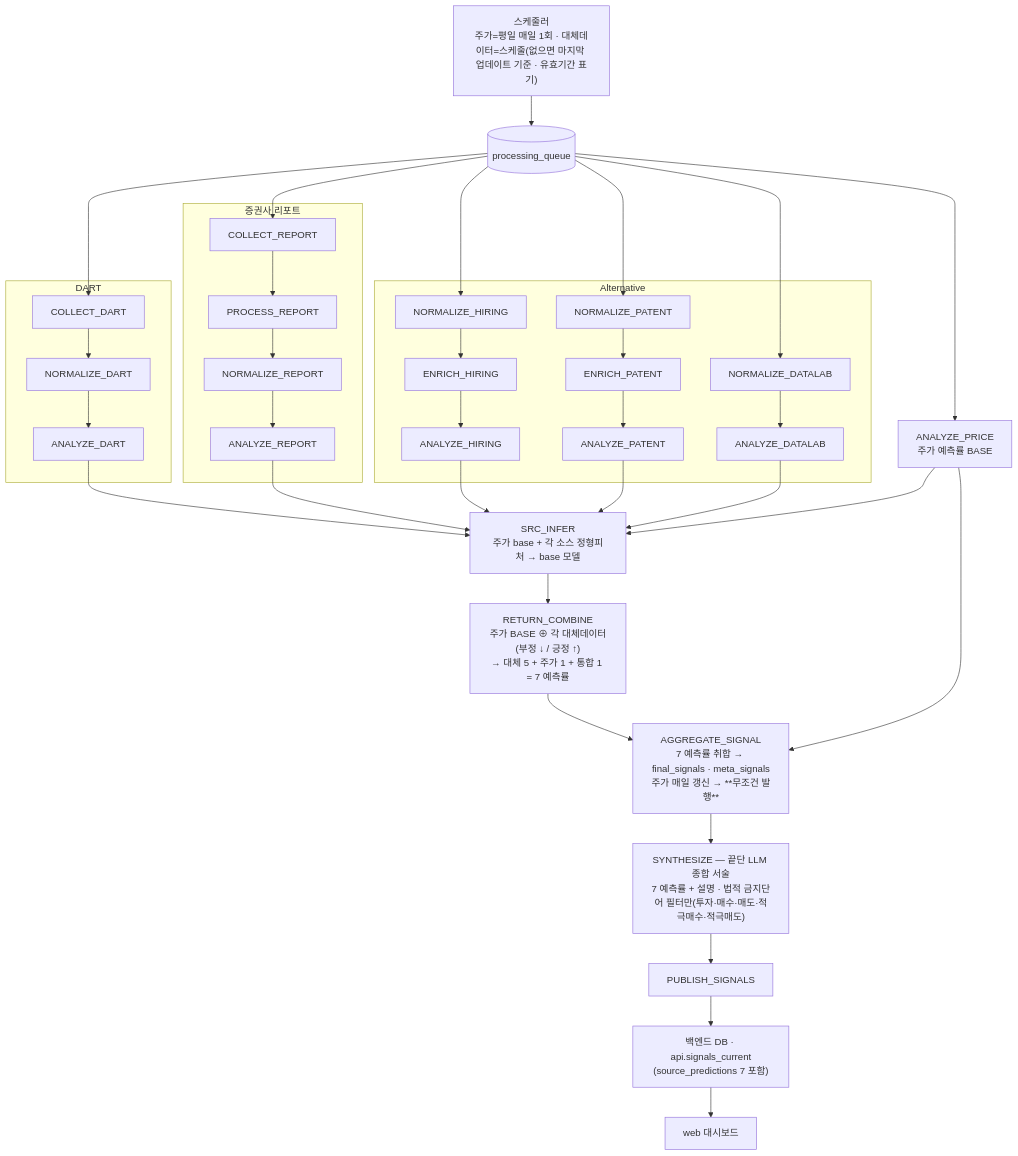
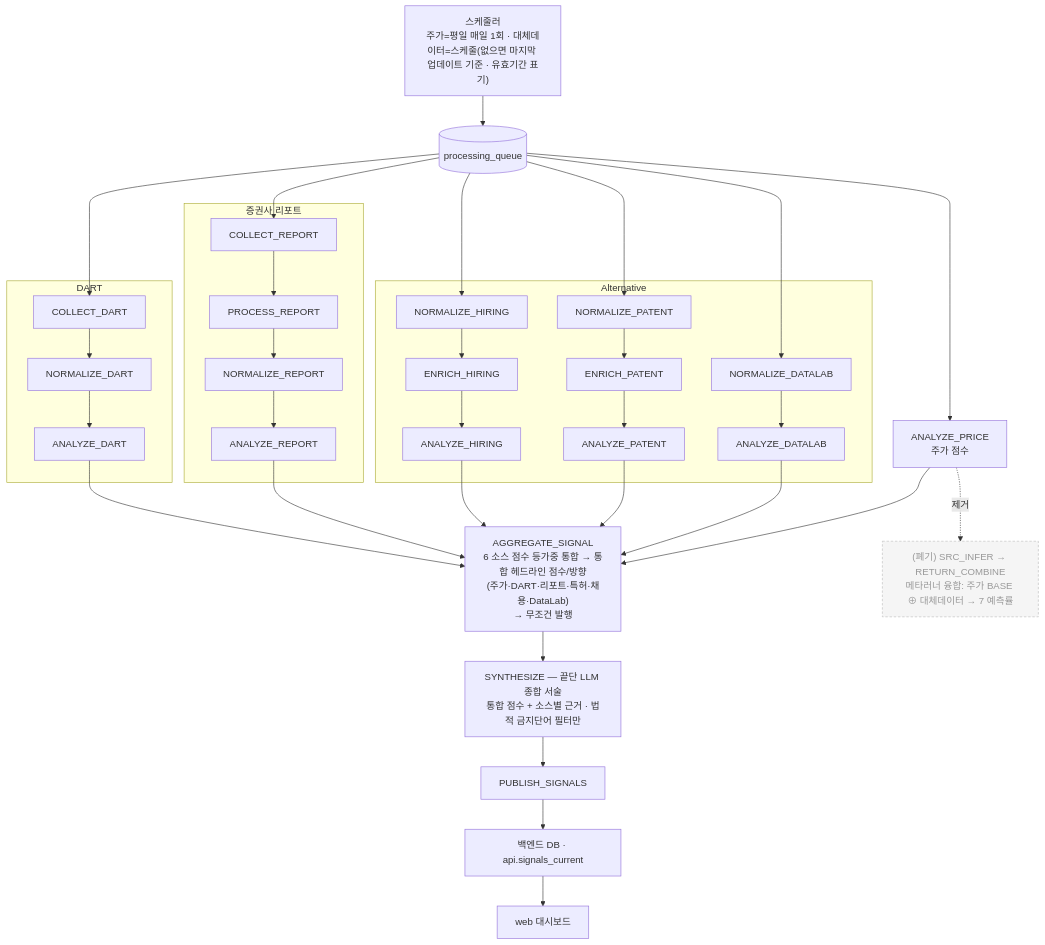
One commit to AIX14-3/signal-alpha changed the first of 3 diagrams in docs/spec/worker-pipeline-detailed.md. Above: the diagram before and after it, drawn with Mermaid. The commit also changed other lines of this file, not shown here.

First line of the commit message:
docs(spec): 워커 파이프라인 설계도 최신화 — 메타러너 폐기·6소스 통합 점수

````diff
--- a/docs/spec/worker-pipeline-detailed.md
+++ b/docs/spec/worker-pipeline-detailed.md
@@ -16,40 +22,41 @@
 ```mermaid
 flowchart TB
   sch["스케줄러<br/>주가=평일 매일 1회 · 대체데이터=스케줄(없으면 마지막 업데이트 기준 · 유효기간 표기)"] --> Q[("processing_queue")]
 
   subgraph DART
     cd[COLLECT_DART] --> nd[NORMALIZE_DART] --> ad[ANALYZE_DART]
   end
   subgraph REPORT["증권사 리포트"]
     cr[COLLECT_REPORT] --> prc[PROCESS_REPORT] --> nr[NORMALIZE_REPORT] --> ar[ANALYZE_REPORT]
   end
   subgraph ALT["Alternative"]
     nh[NORMALIZE_HIRING] --> eh[ENRICH_HIRING] --> ah[ANALYZE_HIRING]
     npa[NORMALIZE_PATENT] --> ep[ENRICH_PATENT] --> apa[ANALYZE_PATENT]
     ndl[NORMALIZE_DATALAB] --> adl[ANALYZE_DATALAB]
   end
-  ap[ANALYZE_PRICE<br/>주가 예측률 BASE]
+  ap["ANALYZE_PRICE<br/>주가 점수"]
 
   Q --> cd
   Q --> cr
   Q --> nh
   Q --> npa
   Q --> ndl
   Q --> ap
 
-  %% 예측률 결합 (주가 BASE ⊕ 각 대체데이터)
-  ap --> si["SRC_INFER<br/>주가 base + 각 소스 정형피처 → base 모델"]
-  ad --> si
-  ar --> si
-  ah --> si
-  apa --> si
-  adl --> si
-  si --> rc["RETURN_COMBINE<br/>주가 BASE ⊕ 각 대체데이터(부정 ↓ / 긍정 ↑)<br/>→ 대체 5 + 주가 1 + 통합 1 = 7 예측률"]
+  %% 6개 소스 점수가 모두 AGGREGATE 로 fan-in → 등가중 통합.
+  ap --> agg["AGGREGATE_SIGNAL<br/>6 소스 점수 등가중 통합 → 통합 헤드라인 점수/방향<br/>(주가·DART·리포트·특허·채용·DataLab)<br/>→ 무조건 발행"]
+  ad --> agg
+  ar --> agg
+  ah --> agg
+  apa --> agg
+  adl --> agg
 
-  rc --> agg["AGGREGATE_SIGNAL<br/>7 예측률 취합 → final_signals · meta_signals<br/>주가 매일 갱신 → **무조건 발행**"]
-  ap --> agg
+  agg --> sy["SYNTHESIZE — 끝단 LLM 종합 서술<br/>통합 점수 + 소스별 근거 · 법적 금지단어 필터만"]
+  sy --> pub[PUBLISH_SIGNALS]
+  pub --> api["백엔드 DB · api.signals_current"] --> web[web 대시보드]
 
-  agg --> sy["SYNTHESIZE — 끝단 LLM 종합 서술<br/>7 예측률 + 설명 · 법적 금지단어 필터만(투자·매수·매도·적극매수·적극매도)"]
-  sy --> pub[PUBLISH_SIGNALS]
-  pub --> api["백엔드 DB · api.signals_current<br/>(source_predictions 7 포함)"] --> web[web 대시보드]
+  mlr["(폐기) SRC_INFER → RETURN_COMBINE<br/>메타러너 융합: 주가 BASE ⊕ 대체데이터 → 7 예측률"]
+  ap -.->|"제거"| mlr
+  classDef dead fill:#f5f5f5,stroke:#bbbbbb,color:#999999,stroke-dasharray:4 3;
+  class mlr dead;
 ```
````
